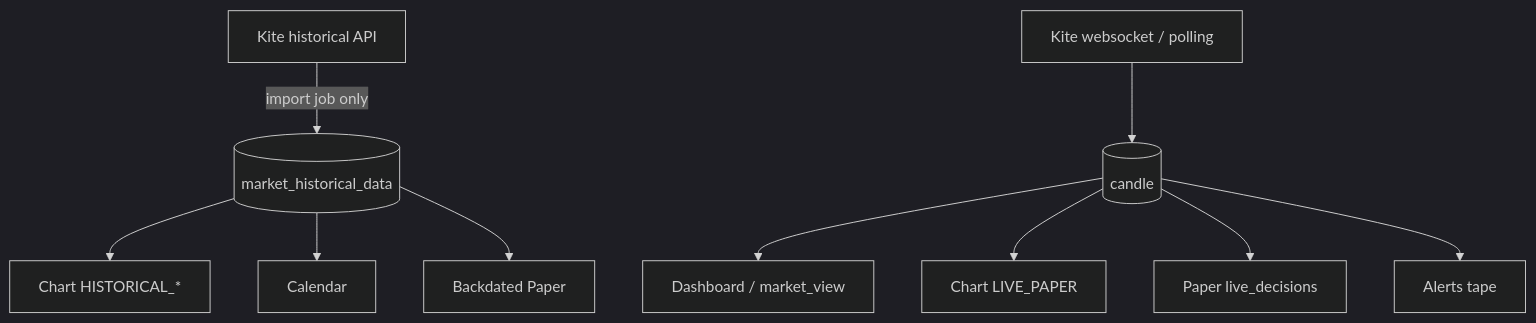
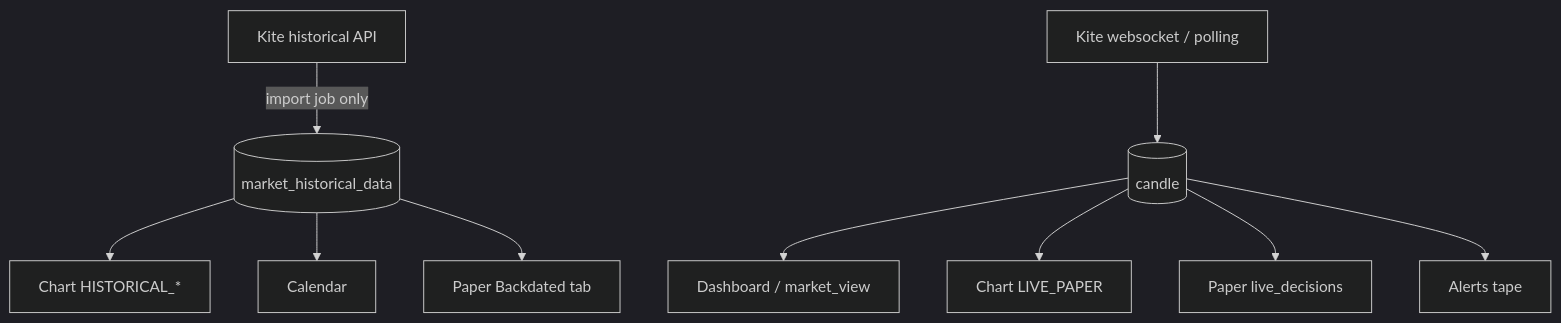
The second of 7 diagrams in docs/ARCHITECTURE.md (labinash/HexaTrade), drawn with Mermaid (dark theme) before and after one commit. The commit also changed other lines of this file and 2 other files, not shown here.

````diff
--- a/docs/ARCHITECTURE.md
+++ b/docs/ARCHITECTURE.md
@@ -122,12 +117,12 @@
 ```mermaid
 flowchart TB
   KITE[Kite historical API] -->|import job only| MHD[(market_historical_data)]
   KITE2[Kite websocket / polling] --> CANDLE[(candle)]
   MHD --> CHT[Chart HISTORICAL_*]
   MHD --> CAL[Calendar]
-  MHD --> BD[Backdated Paper]
+  MHD --> BD[Paper Backdated tab]
   CANDLE --> DASH[Dashboard / market_view]
   CANDLE --> LIVE[Chart LIVE_PAPER]
   CANDLE --> PAP[Paper live_decisions]
   CANDLE --> AL[Alerts tape]
 ```
````
